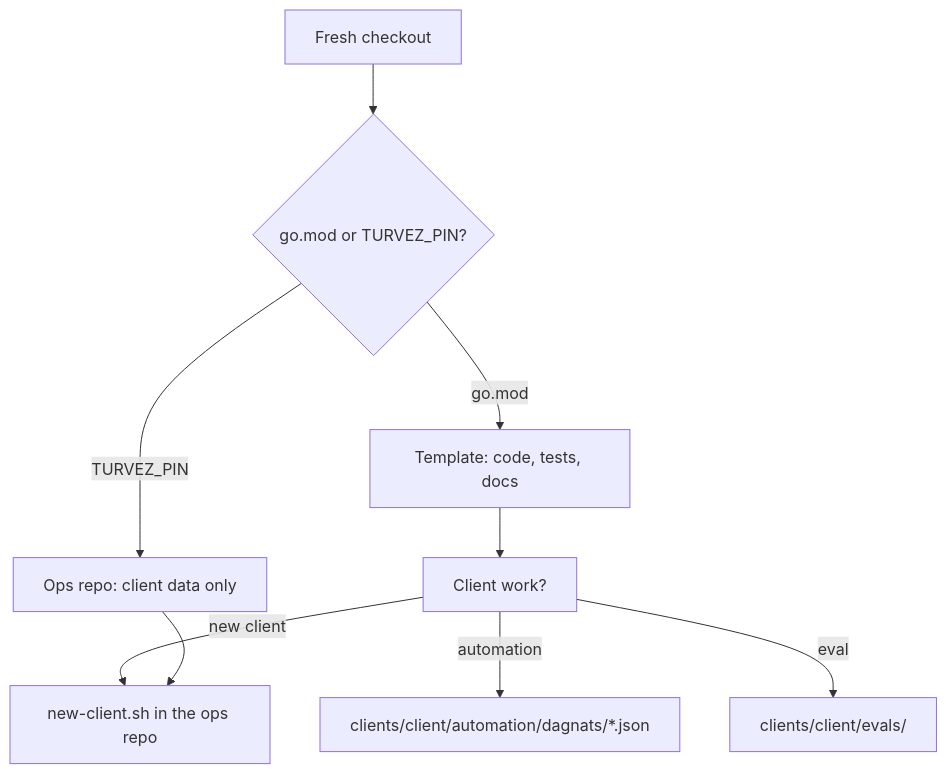
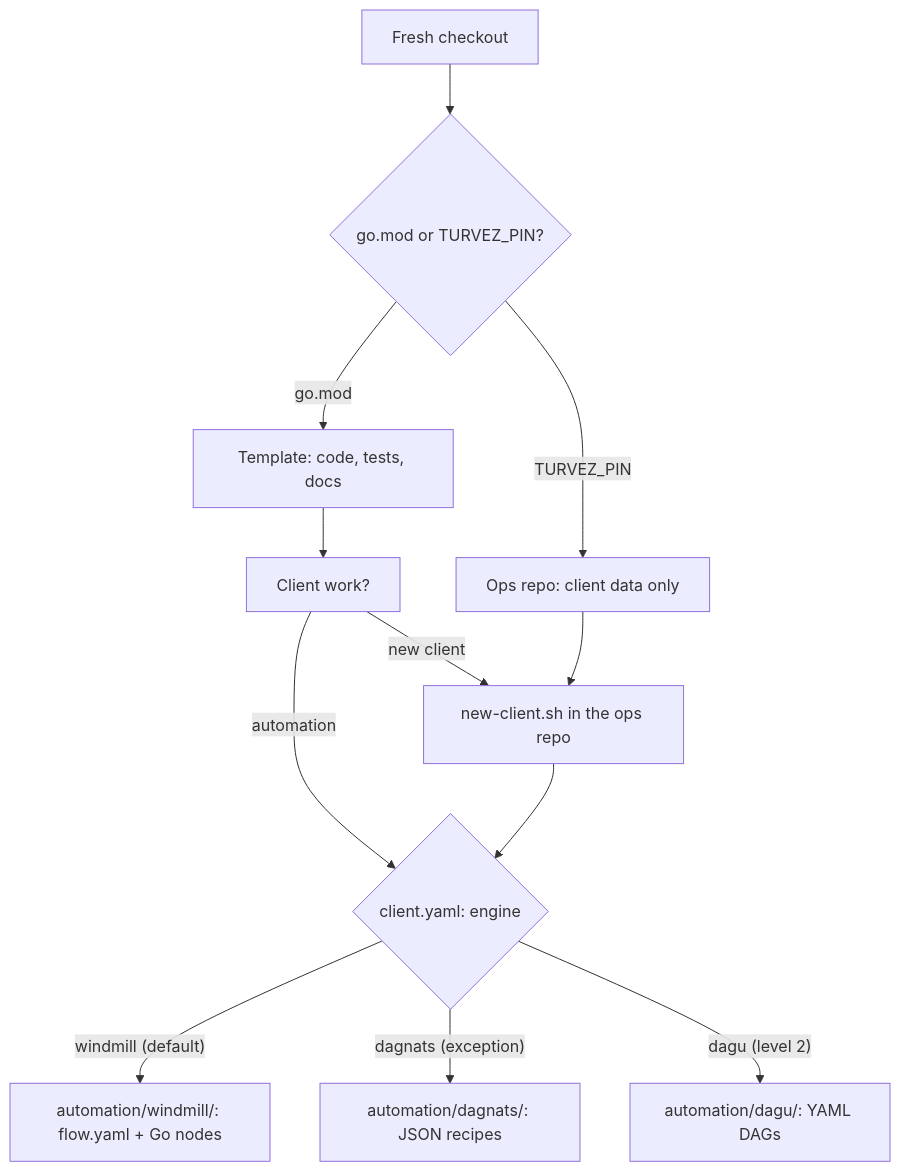
The first of 8 diagrams in docs/workflows.md (calionauta/turvez), drawn with Mermaid before and after one commit. The commit also changed other lines of this file and 46 other files, not shown here.

First line of the commit message:
Go nodes for both engines, Nango as the credential layer, and the engine gaps closed (#8)

````diff
--- a/docs/workflows.md
+++ b/docs/workflows.md
@@ -7,11 +7,14 @@
 ```mermaid
 flowchart TD
     A["Fresh checkout"] --> B{"go.mod or TURVEZ_PIN?"}
     B -->|"go.mod"| C["Template: code, tests, docs"]
     B -->|"TURVEZ_PIN"| D["Ops repo: client data only"]
     C --> E["Client work?"]
     E -->|"new client"| F["new-client.sh in the ops repo"]
-    E -->|"automation"| G["clients/client/automation/dagnats/*.json"]
-    E -->|"eval"| H["clients/client/evals/"]
+    E -->|"automation"| G{"client.yaml: engine"}
     D --> F
+    F --> G
+    G -->|"windmill (default)"| W["automation/windmill/: flow.yaml + Go nodes"]
+    G -->|"dagnats (exception)"| N["automation/dagnats/: JSON recipes"]
+    G -->|"dagu (level 2)"| Q["automation/dagu/: YAML DAGs"]
 ```
````
